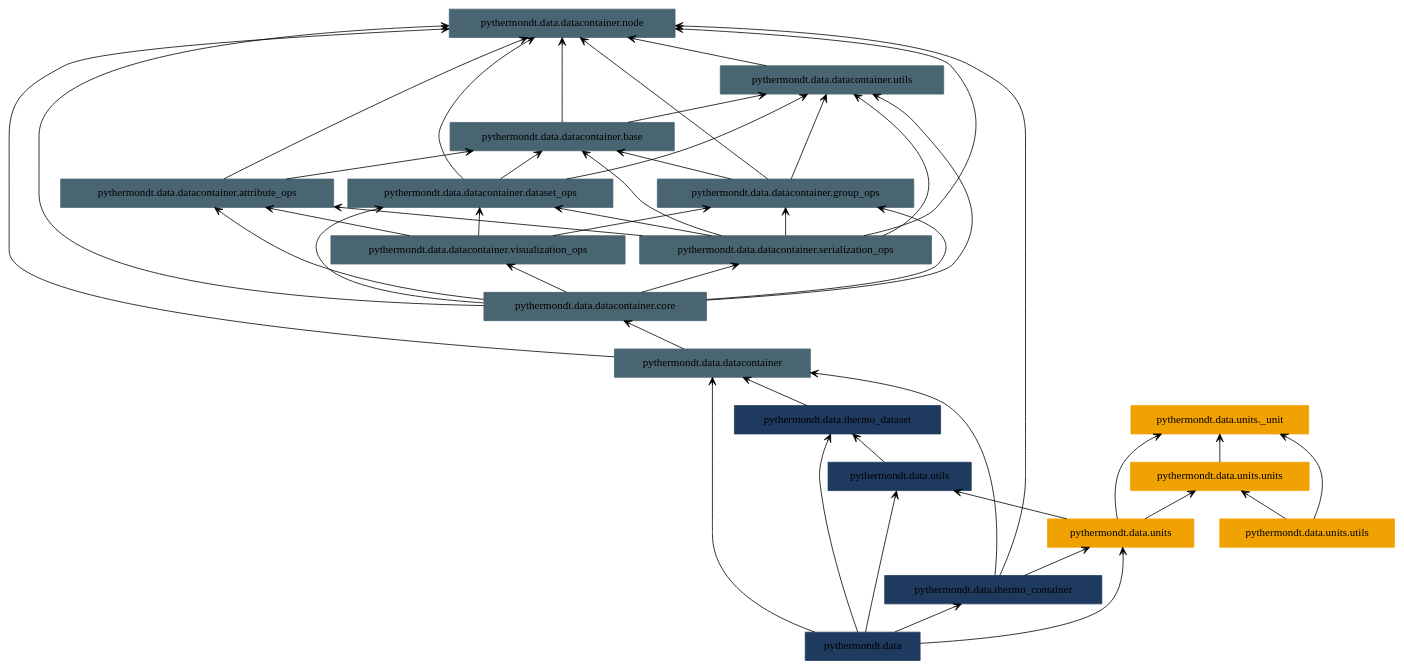
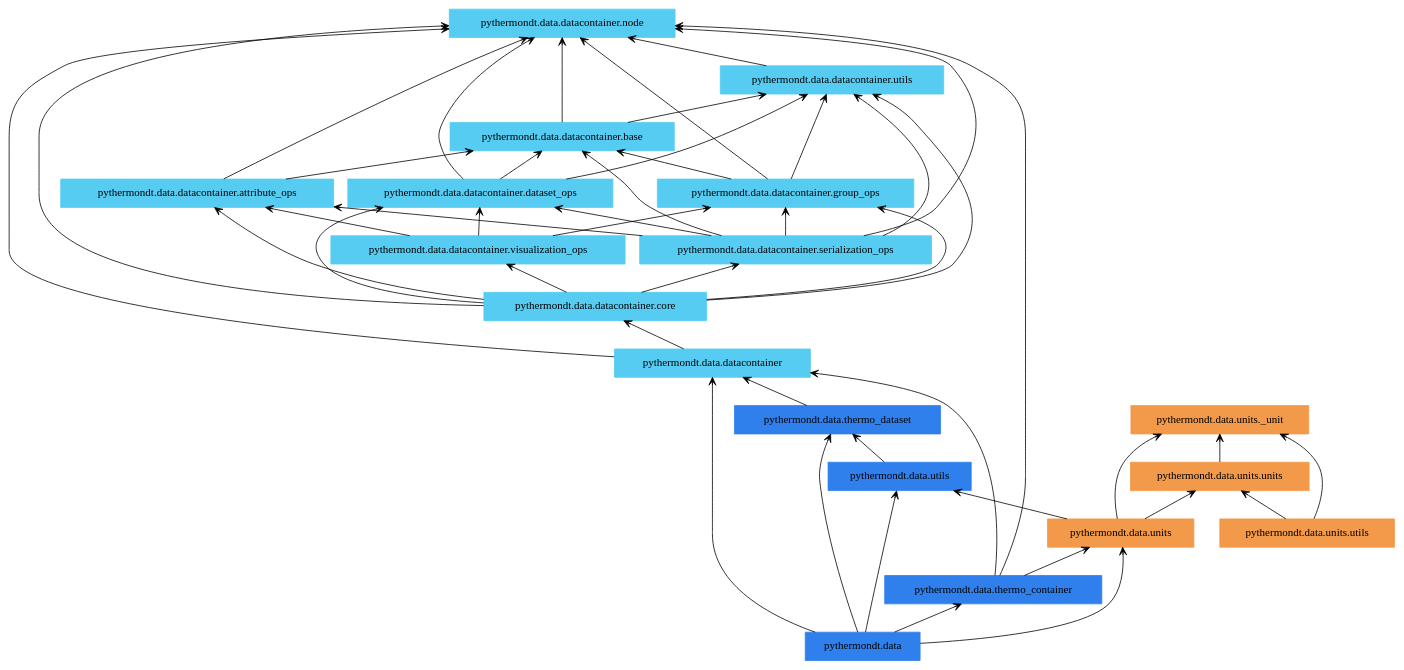
Before and after one commit to voidsy-gmbh/pyThermoNDT: the diagram in docs/pyreverse/packages_pythermondt.data.gv, drawn with Graphviz. The commit also changed 25 other files, not shown here.

Commit message:
Update pyreverse diagrams

```diff
--- a/docs/pyreverse/packages_pythermondt.data.gv
+++ b/docs/pyreverse/packages_pythermondt.data.gv
@@ -1,67 +1,67 @@
 digraph "packages_pythermondt.data" {
 rankdir=BT
 charset="utf-8"
-"pythermondt.data" [color="#1E3A5F", label=<pythermondt.data>, shape="box", style="filled"];
-"pythermondt.data.datacontainer" [color="#4A6572", label=<pythermondt.data.datacontainer>, shape="box", style="filled"];
-"pythermondt.data.datacontainer.attribute_ops" [color="#4A6572", label=<pythermondt.data.datacontainer.attribute_ops>, shape="box", style="filled"];
-"pythermondt.data.datacontainer.base" [color="#4A6572", label=<pythermondt.data.datacontainer.base>, shape="box", style="filled"];
-"pythermondt.data.datacontainer.core" [color="#4A6572", label=<pythermondt.data.datacontainer.core>, shape="box", style="filled"];
-"pythermondt.data.datacontainer.dataset_ops" [color="#4A6572", label=<pythermondt.data.datacontainer.dataset_ops>, shape="box", style="filled"];
-"pythermondt.data.datacontainer.group_ops" [color="#4A6572", label=<pythermondt.data.datacontainer.group_ops>, shape="box", style="filled"];
-"pythermondt.data.datacontainer.node" [color="#4A6572", label=<pythermondt.data.datacontainer.node>, shape="box", style="filled"];
-"pythermondt.data.datacontainer.serialization_ops" [color="#4A6572", label=<pythermondt.data.datacontainer.serialization_ops>, shape="box", style="filled"];
-"pythermondt.data.datacontainer.utils" [color="#4A6572", label=<pythermondt.data.datacontainer.utils>, shape="box", style="filled"];
-"pythermondt.data.datacontainer.visualization_ops" [color="#4A6572", label=<pythermondt.data.datacontainer.visualization_ops>, shape="box", style="filled"];
-"pythermondt.data.thermo_container" [color="#1E3A5F", label=<pythermondt.data.thermo_container>, shape="box", style="filled"];
-"pythermondt.data.thermo_dataset" [color="#1E3A5F", label=<pythermondt.data.thermo_dataset>, shape="box", style="filled"];
-"pythermondt.data.units" [color="#F0A202", label=<pythermondt.data.units>, shape="box", style="filled"];
-"pythermondt.data.units._unit" [color="#F0A202", label=<pythermondt.data.units._unit>, shape="box", style="filled"];
-"pythermondt.data.units.units" [color="#F0A202", label=<pythermondt.data.units.units>, shape="box", style="filled"];
-"pythermondt.data.units.utils" [color="#F0A202", label=<pythermondt.data.units.utils>, shape="box", style="filled"];
-"pythermondt.data.utils" [color="#1E3A5F", label=<pythermondt.data.utils>, shape="box", style="filled"];
+"pythermondt.data" [color="#2F80ED", label=<pythermondt.data>, shape="box", style="filled"];
+"pythermondt.data.datacontainer" [color="#56CCF2", label=<pythermondt.data.datacontainer>, shape="box", style="filled"];
+"pythermondt.data.datacontainer.attribute_ops" [color="#56CCF2", label=<pythermondt.data.datacontainer.attribute_ops>, shape="box", style="filled"];
+"pythermondt.data.datacontainer.base" [color="#56CCF2", label=<pythermondt.data.datacontainer.base>, shape="box", style="filled"];
+"pythermondt.data.datacontainer.core" [color="#56CCF2", label=<pythermondt.data.datacontainer.core>, shape="box", style="filled"];
+"pythermondt.data.datacontainer.dataset_ops" [color="#56CCF2", label=<pythermondt.data.datacontainer.dataset_ops>, shape="box", style="filled"];
+"pythermondt.data.datacontainer.group_ops" [color="#56CCF2", label=<pythermondt.data.datacontainer.group_ops>, shape="box", style="filled"];
+"pythermondt.data.datacontainer.node" [color="#56CCF2", label=<pythermondt.data.datacontainer.node>, shape="box", style="filled"];
+"pythermondt.data.datacontainer.serialization_ops" [color="#56CCF2", label=<pythermondt.data.datacontainer.serialization_ops>, shape="box", style="filled"];
+"pythermondt.data.datacontainer.utils" [color="#56CCF2", label=<pythermondt.data.datacontainer.utils>, shape="box", style="filled"];
+"pythermondt.data.datacontainer.visualization_ops" [color="#56CCF2", label=<pythermondt.data.datacontainer.visualization_ops>, shape="box", style="filled"];
+"pythermondt.data.thermo_container" [color="#2F80ED", label=<pythermondt.data.thermo_container>, shape="box", style="filled"];
+"pythermondt.data.thermo_dataset" [color="#2F80ED", label=<pythermondt.data.thermo_dataset>, shape="box", style="filled"];
+"pythermondt.data.units" [color="#F2994A", label=<pythermondt.data.units>, shape="box", style="filled"];
+"pythermondt.data.units._unit" [color="#F2994A", label=<pythermondt.data.units._unit>, shape="box", style="filled"];
+"pythermondt.data.units.units" [color="#F2994A", label=<pythermondt.data.units.units>, shape="box", style="filled"];
+"pythermondt.data.units.utils" [color="#F2994A", label=<pythermondt.data.units.utils>, shape="box", style="filled"];
+"pythermondt.data.utils" [color="#2F80ED", label=<pythermondt.data.utils>, shape="box", style="filled"];
 "pythermondt.data" -> "pythermondt.data.datacontainer" [arrowhead="open", arrowtail="none"];
 "pythermondt.data" -> "pythermondt.data.thermo_container" [arrowhead="open", arrowtail="none"];
 "pythermondt.data" -> "pythermondt.data.thermo_dataset" [arrowhead="open", arrowtail="none"];
 "pythermondt.data" -> "pythermondt.data.units" [arrowhead="open", arrowtail="none"];
 "pythermondt.data" -> "pythermondt.data.utils" [arrowhead="open", arrowtail="none"];
 "pythermondt.data.datacontainer" -> "pythermondt.data.datacontainer.core" [arrowhead="open", arrowtail="none"];
 "pythermondt.data.datacontainer" -> "pythermondt.data.datacontainer.node" [arrowhead="open", arrowtail="none"];
 "pythermondt.data.datacontainer.attribute_ops" -> "pythermondt.data.datacontainer.base" [arrowhead="open", arrowtail="none"];
 "pythermondt.data.datacontainer.attribute_ops" -> "pythermondt.data.datacontainer.node" [arrowhead="open", arrowtail="none"];
 "pythermondt.data.datacontainer.base" -> "pythermondt.data.datacontainer.node" [arrowhead="open", arrowtail="none"];
 "pythermondt.data.datacontainer.base" -> "pythermondt.data.datacontainer.utils" [arrowhead="open", arrowtail="none"];
 "pythermondt.data.datacontainer.core" -> "pythermondt.data.datacontainer.attribute_ops" [arrowhead="open", arrowtail="none"];
 "pythermondt.data.datacontainer.core" -> "pythermondt.data.datacontainer.dataset_ops" [arrowhead="open", arrowtail="none"];
 "pythermondt.data.datacontainer.core" -> "pythermondt.data.datacontainer.group_ops" [arrowhead="open", arrowtail="none"];
 "pythermondt.data.datacontainer.core" -> "pythermondt.data.datacontainer.node" [arrowhead="open", arrowtail="none"];
 "pythermondt.data.datacontainer.core" -> "pythermondt.data.datacontainer.serialization_ops" [arrowhead="open", arrowtail="none"];
 "pythermondt.data.datacontainer.core" -> "pythermondt.data.datacontainer.utils" [arrowhead="open", arrowtail="none"];
 "pythermondt.data.datacontainer.core" -> "pythermondt.data.datacontainer.visualization_ops" [arrowhead="open", arrowtail="none"];
 "pythermondt.data.datacontainer.dataset_ops" -> "pythermondt.data.datacontainer.base" [arrowhead="open", arrowtail="none"];
 "pythermondt.data.datacontainer.dataset_ops" -> "pythermondt.data.datacontainer.node" [arrowhead="open", arrowtail="none"];
 "pythermondt.data.datacontainer.dataset_ops" -> "pythermondt.data.datacontainer.utils" [arrowhead="open", arrowtail="none"];
 "pythermondt.data.datacontainer.group_ops" -> "pythermondt.data.datacontainer.base" [arrowhead="open", arrowtail="none"];
 "pythermondt.data.datacontainer.group_ops" -> "pythermondt.data.datacontainer.node" [arrowhead="open", arrowtail="none"];
 "pythermondt.data.datacontainer.group_ops" -> "pythermondt.data.datacontainer.utils" [arrowhead="open", arrowtail="none"];
 "pythermondt.data.datacontainer.serialization_ops" -> "pythermondt.data.datacontainer.attribute_ops" [arrowhead="open", arrowtail="none"];
 "pythermondt.data.datacontainer.serialization_ops" -> "pythermondt.data.datacontainer.base" [arrowhead="open", arrowtail="none"];
 "pythermondt.data.datacontainer.serialization_ops" -> "pythermondt.data.datacontainer.dataset_ops" [arrowhead="open", arrowtail="none"];
 "pythermondt.data.datacontainer.serialization_ops" -> "pythermondt.data.datacontainer.group_ops" [arrowhead="open", arrowtail="none"];
 "pythermondt.data.datacontainer.serialization_ops" -> "pythermondt.data.datacontainer.node" [arrowhead="open", arrowtail="none"];
 "pythermondt.data.datacontainer.serialization_ops" -> "pythermondt.data.datacontainer.utils" [arrowhead="open", arrowtail="none"];
 "pythermondt.data.datacontainer.utils" -> "pythermondt.data.datacontainer.node" [arrowhead="open", arrowtail="none"];
 "pythermondt.data.datacontainer.visualization_ops" -> "pythermondt.data.datacontainer.attribute_ops" [arrowhead="open", arrowtail="none"];
 "pythermondt.data.datacontainer.visualization_ops" -> "pythermondt.data.datacontainer.dataset_ops" [arrowhead="open", arrowtail="none"];
 "pythermondt.data.datacontainer.visualization_ops" -> "pythermondt.data.datacontainer.group_ops" [arrowhead="open", arrowtail="none"];
 "pythermondt.data.thermo_container" -> "pythermondt.data.datacontainer" [arrowhead="open", arrowtail="none"];
 "pythermondt.data.thermo_container" -> "pythermondt.data.datacontainer.node" [arrowhead="open", arrowtail="none"];
 "pythermondt.data.thermo_container" -> "pythermondt.data.units" [arrowhead="open", arrowtail="none"];
 "pythermondt.data.thermo_dataset" -> "pythermondt.data.datacontainer" [arrowhead="open", arrowtail="none"];
 "pythermondt.data.units" -> "pythermondt.data.units._unit" [arrowhead="open", arrowtail="none"];
 "pythermondt.data.units" -> "pythermondt.data.units.units" [arrowhead="open", arrowtail="none"];
 "pythermondt.data.units" -> "pythermondt.data.utils" [arrowhead="open", arrowtail="none"];
 "pythermondt.data.units.units" -> "pythermondt.data.units._unit" [arrowhead="open", arrowtail="none"];
 "pythermondt.data.units.utils" -> "pythermondt.data.units._unit" [arrowhead="open", arrowtail="none"];
 "pythermondt.data.units.utils" -> "pythermondt.data.units.units" [arrowhead="open", arrowtail="none"];
 "pythermondt.data.utils" -> "pythermondt.data.thermo_dataset" [arrowhead="open", arrowtail="none"];
 }
```
